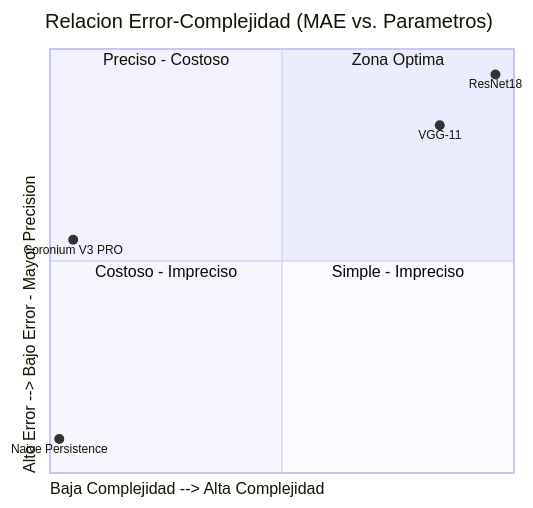
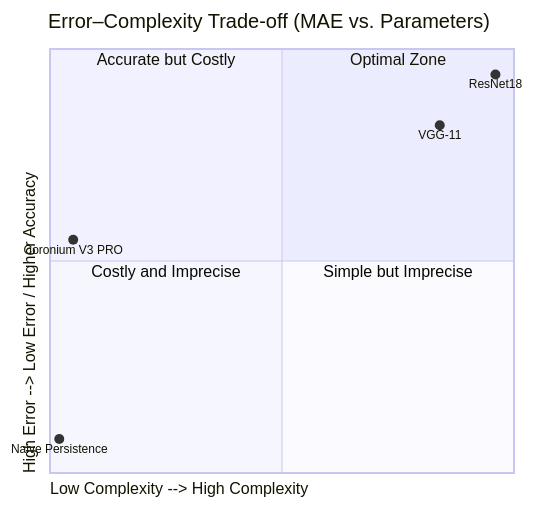
Before and after one commit to Alehcs/auralis: the diagram in RESEARCH_DOSSIER_MASTER.md, drawn with Mermaid. The commit also changed other lines of this file and 1 other file, not shown here.

````diff
--- a/RESEARCH_DOSSIER_MASTER.md
+++ b/RESEARCH_DOSSIER_MASTER.md
@@ -532,14 +553,14 @@
 ```mermaid
 quadrantChart
-    title Relacion Error-Complejidad (MAE vs. Parametros)
-    x-axis "Baja Complejidad --> Alta Complejidad"
-    y-axis "Alto Error --> Bajo Error - Mayor Precision"
-    quadrant-1 "Zona Optima"
-    quadrant-2 "Preciso - Costoso"
-    quadrant-3 "Costoso - Impreciso"
-    quadrant-4 "Simple - Impreciso"
+    title Error–Complexity Trade-off (MAE vs. Parameters)
+    x-axis "Low Complexity --> High Complexity"
+    y-axis "High Error --> Low Error / Higher Accuracy"
+    quadrant-1 "Optimal Zone"
+    quadrant-2 "Accurate but Costly"
+    quadrant-3 "Costly and Imprecise"
+    quadrant-4 "Simple but Imprecise"
     Naive Persistence: [0.02, 0.08]
     Coronium V3 PRO: [0.05, 0.55]
     VGG-11: [0.84, 0.82]
     ResNet18: [0.96, 0.94]
 ```
````
